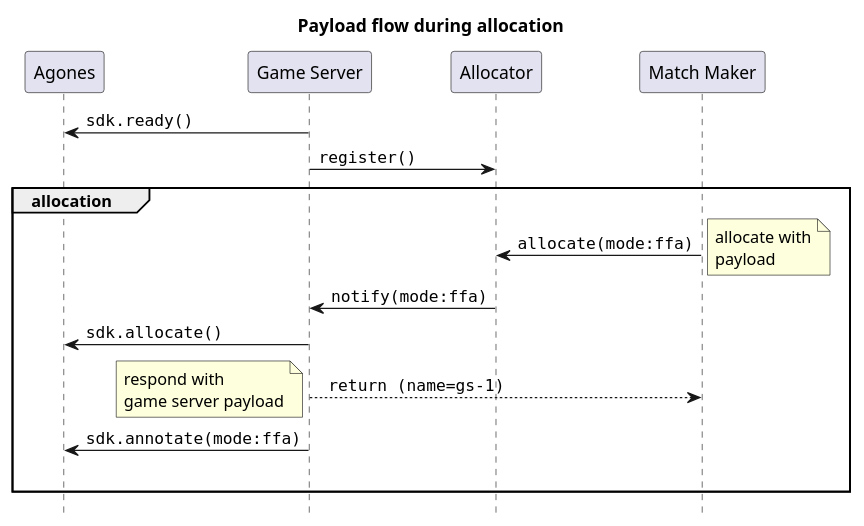
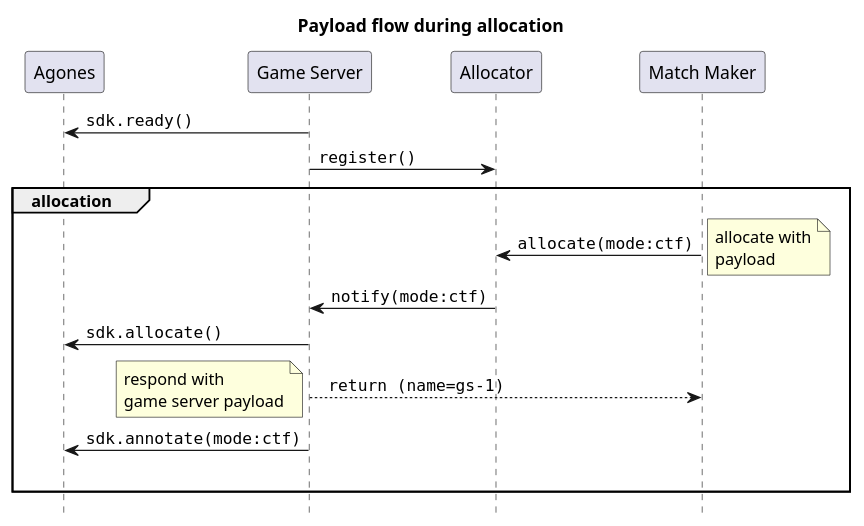
One commit to GameFabric/docs changed the diagram in src/multiplayer-servers/multiplayer-services/server-allocation/images/allocating-from-armadas/request-payload.puml. Above: the diagram before and after it, drawn with PlantUML. The commit also changed 1 other file, not shown here.

```diff
--- a/src/multiplayer-servers/multiplayer-services/server-allocation/images/allocating-from-armadas/request-payload.puml
+++ b/src/multiplayer-servers/multiplayer-services/server-allocation/images/allocating-from-armadas/request-payload.puml
@@ -1,32 +1,32 @@
 @startuml
 
 ' Header.
 
 title Payload flow during allocation
 
 hide footbox
 
 participant Agones
 participant "Game Server"
 participant Allocator
 participant "Match Maker"
 
 "Game Server" -> Agones : ""sdk.ready()""
 "Game Server" -> Allocator : ""register()""
 
 group allocation
-    "Match Maker" -> "Allocator" : ""allocate(mode:ffa)""
+    "Match Maker" -> "Allocator" : ""allocate(mode:ctf)""
     note right: allocate with\npayload
 
-    "Allocator" -> "Game Server" : ""notify(mode:ffa)""
+    "Allocator" -> "Game Server" : ""notify(mode:ctf)""
 
     "Game Server" -> Agones : ""sdk.allocate()""
     "Game Server" --> "Match Maker" : "" return (name=gs-1)""
     note left: respond with\ngame server payload
 
-    "Game Server" -> Agones : ""sdk.annotate(mode:ffa)""
+    "Game Server" -> Agones : ""sdk.annotate(mode:ctf)""
 
     |||
 end
 
 @enduml
```
